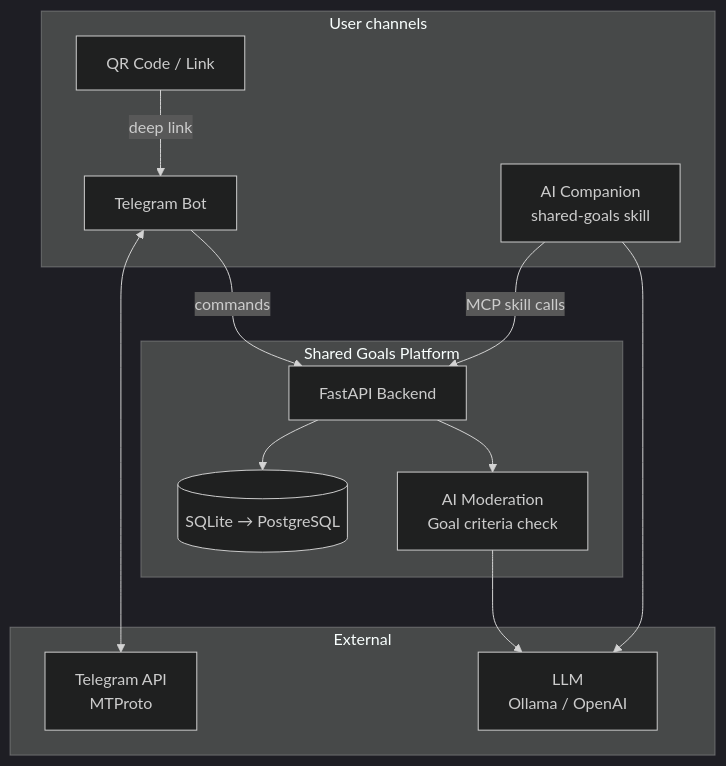
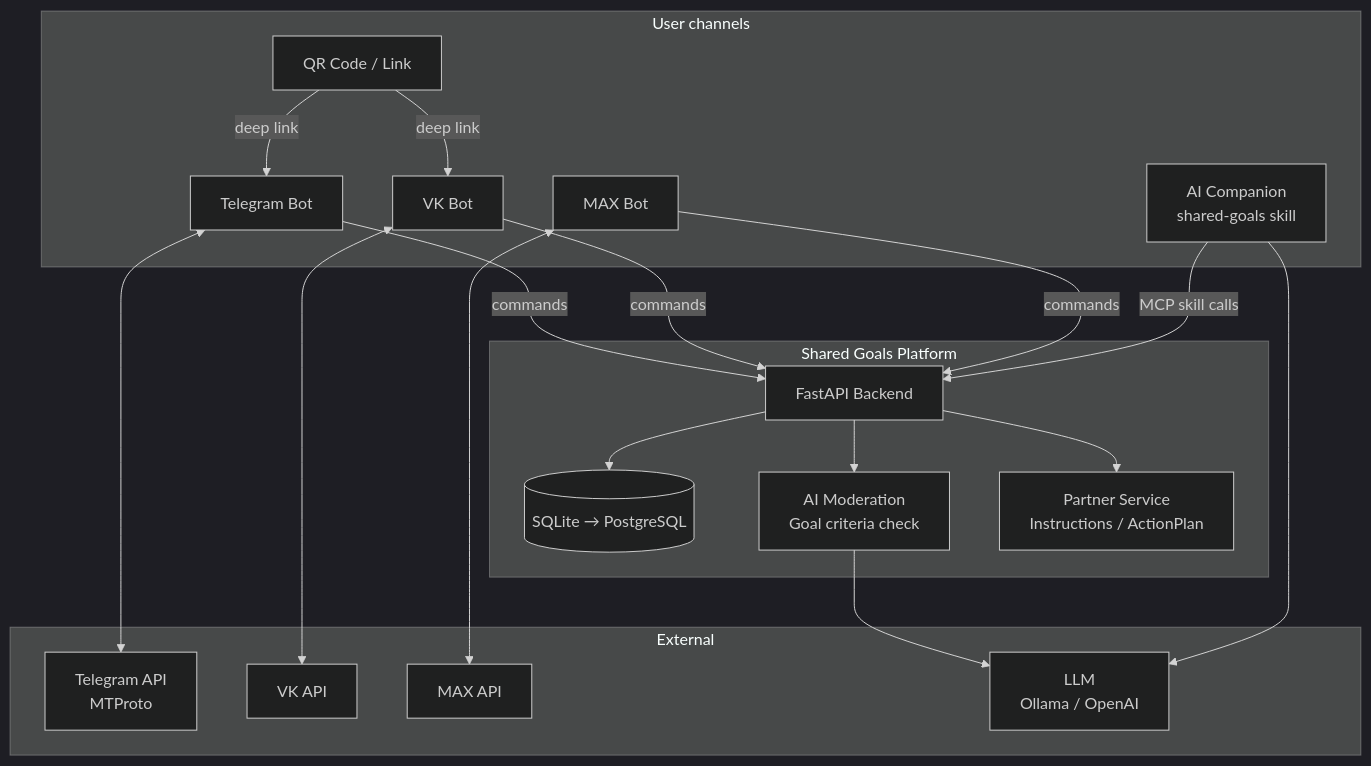
One commit to shared-goals/prd changed the second of 2 diagrams in README.md. Above: the diagram before and after it, drawn with Mermaid (dark theme). The commit also changed other lines of this file, not shown here.

First line of the commit message:
fix: omnichannel model, Instructions in MVP, remove no-monetization

````diff
--- a/README.md
+++ b/README.md
@@ -150,28 +162,39 @@
 ```mermaid
 graph TB
     subgraph User channels
         TG[Telegram Bot]
+        VK[VK Bot]
+        MAX[MAX Bot]
         QR[QR Code / Link]
         AI[AI Companion\nshared-goals skill]
     end
 
     subgraph Shared Goals Platform
         API[FastAPI Backend]
         DB[(SQLite → PostgreSQL)]
         MOD[AI Moderation\nGoal criteria check]
+        PARTNER[Partner Service\nInstructions / ActionPlan]
     end
 
     subgraph External
         TGAPI[Telegram API\nMTProto]
+        VKAPI[VK API]
+        MAXAPI[MAX API]
         LLM[LLM\nOllama / OpenAI]
     end
 
     TG -->|commands| API
+    VK -->|commands| API
+    MAX -->|commands| API
     QR -->|deep link| TG
+    QR -->|deep link| VK
     AI -->|MCP skill calls| API
     API --> DB
     API --> MOD
+    API --> PARTNER
     MOD --> LLM
     TG <--> TGAPI
+    VK <--> VKAPI
+    MAX <--> MAXAPI
     AI --> LLM
 ```
````
